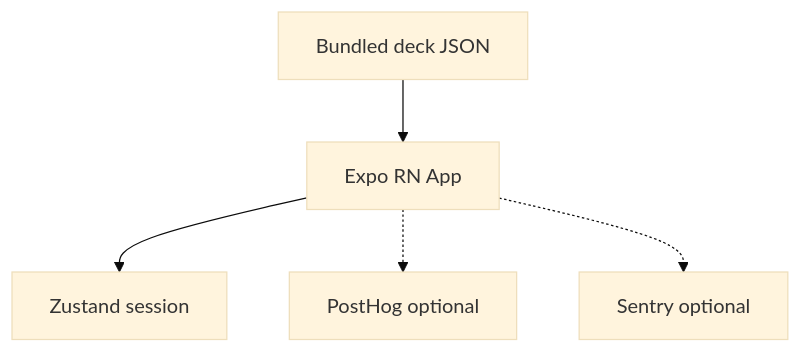
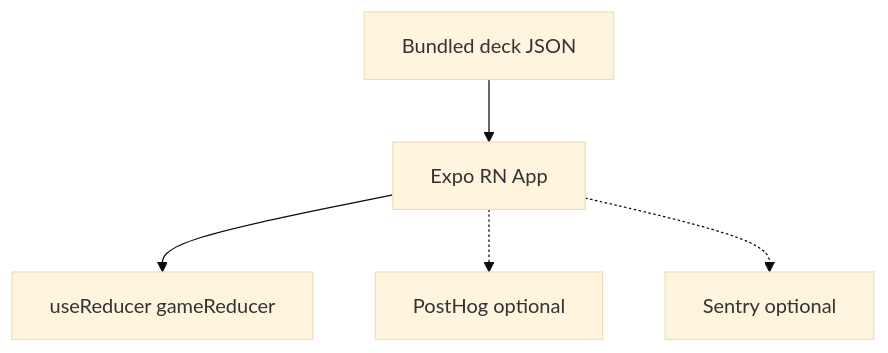
The first of 2 diagrams in docs/architecture.md (Ruckus000/SaidThat), drawn with Mermaid (base theme) before and after one commit. The commit also changed other lines of this file and 20 other files, not shown here.

````diff
--- a/docs/architecture.md
+++ b/docs/architecture.md
@@ -93,13 +113,13 @@
 ```mermaid
 flowchart TB
   RN[Expo RN App]
   DECK[Bundled deck JSON]
-  ZS[Zustand session]
+  RED[useReducer gameReducer]
   PH[PostHog optional]
   SEN[Sentry optional]
 
   DECK --> RN
-  RN --> ZS
+  RN --> RED
   RN -.-> PH
   RN -.-> SEN
 ```
````
